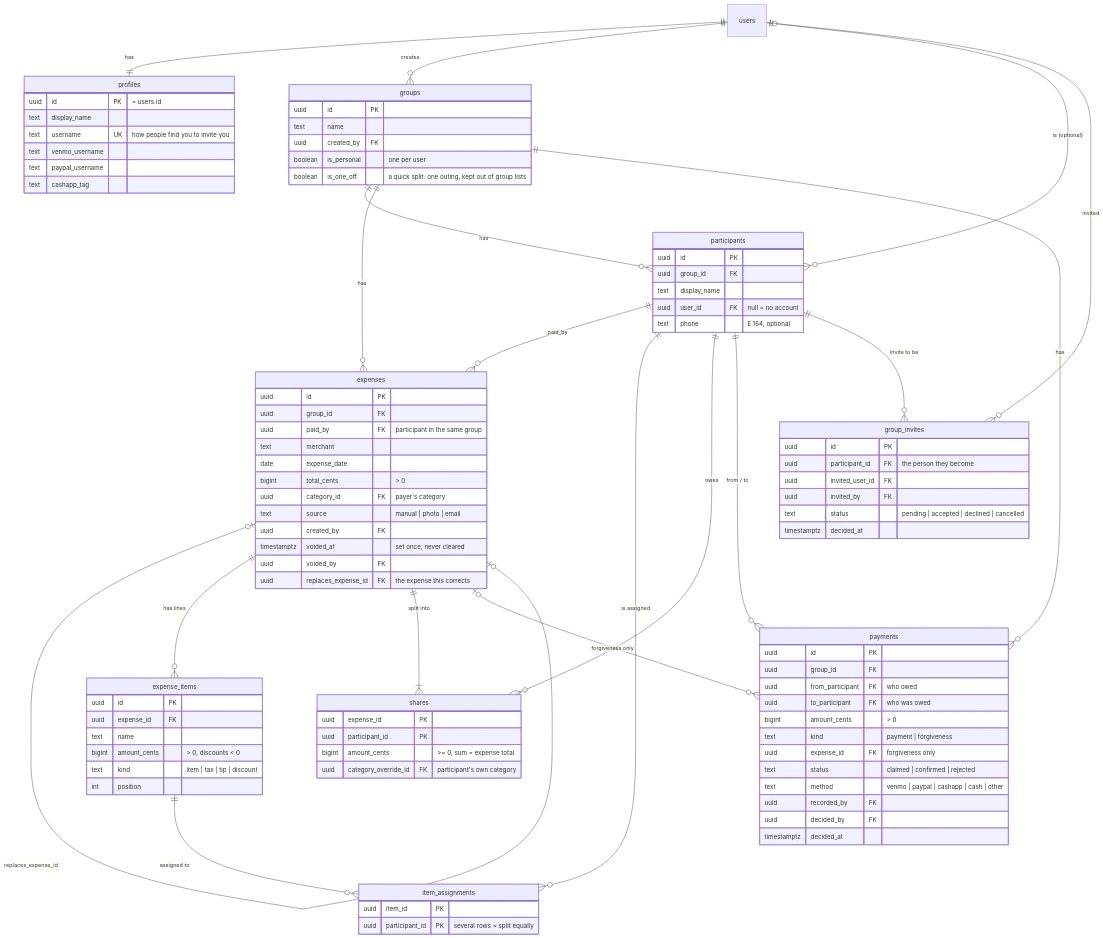
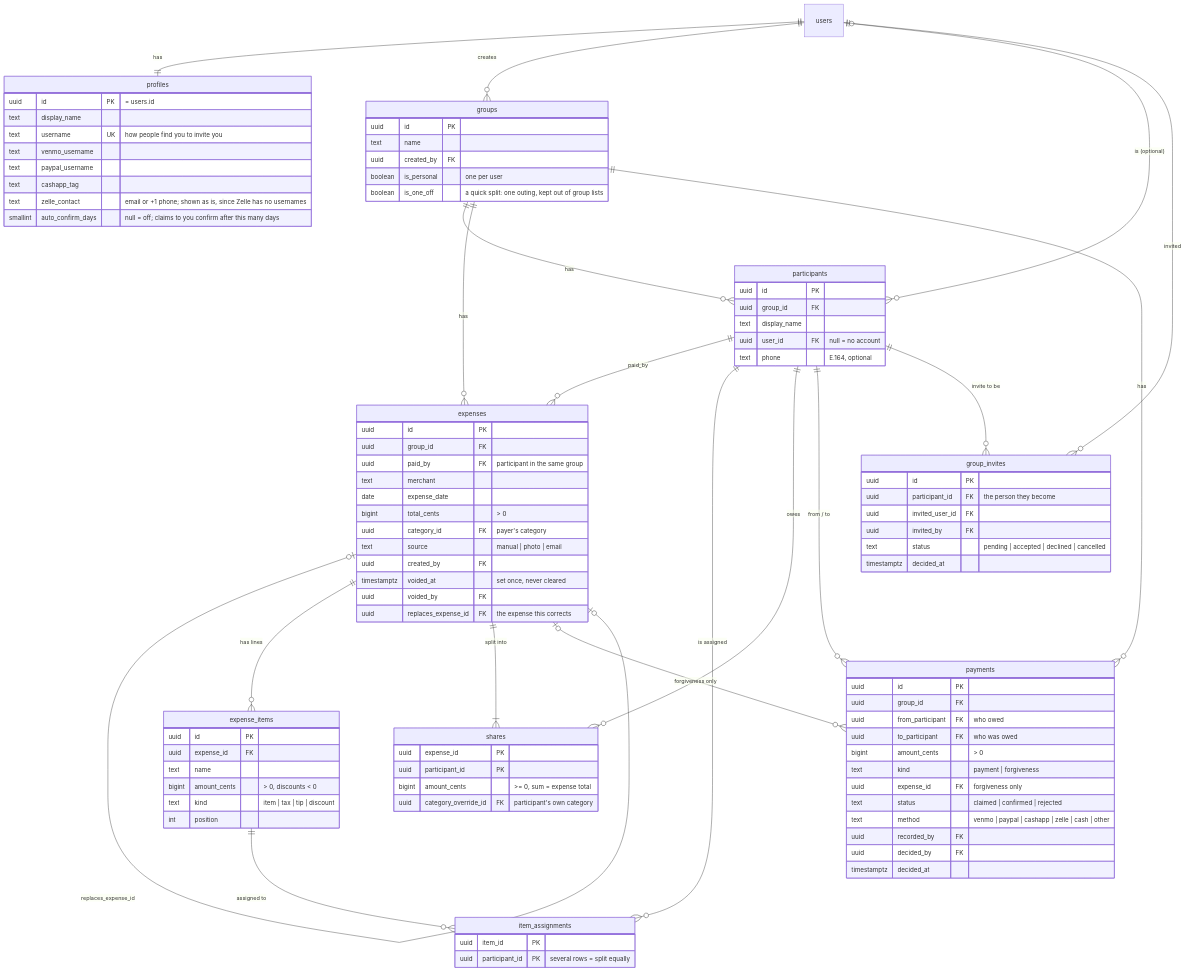
Before and after one commit to liyou2001/spendly: the first of 4 diagrams in DATA_MODEL.md, drawn with Mermaid. The commit also changed other lines of this file and 60 other files, not shown here.

```diff
--- a/DATA_MODEL.md
+++ b/DATA_MODEL.md
@@ -37,6 +37,8 @@
         text venmo_username
         text paypal_username
         text cashapp_tag
+        text zelle_contact "email or +1 phone; shown as is, since Zelle has no usernames"
+        smallint auto_confirm_days "null = off; claims to you confirm after this many days"
     }
     groups {
         uuid id PK
@@ -93,7 +95,7 @@
         text kind "payment | forgiveness"
         uuid expense_id FK "forgiveness only"
         text status "claimed | confirmed | rejected"
-        text method "venmo | paypal | cashapp | cash | other"
+        text method "venmo | paypal | cashapp | zelle | cash | other"
         uuid recorded_by FK
         uuid decided_by FK
         timestamptz decided_at
```
